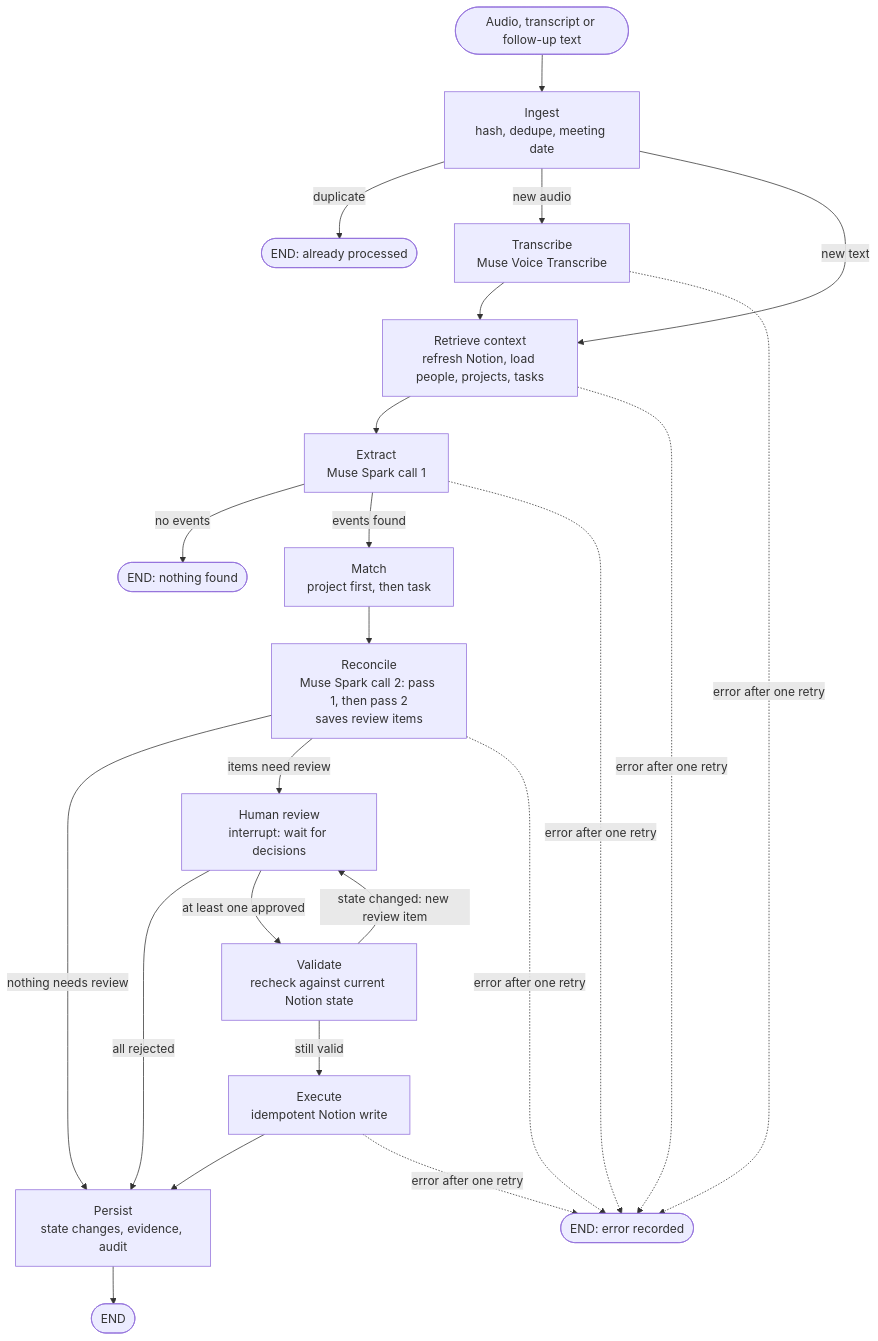
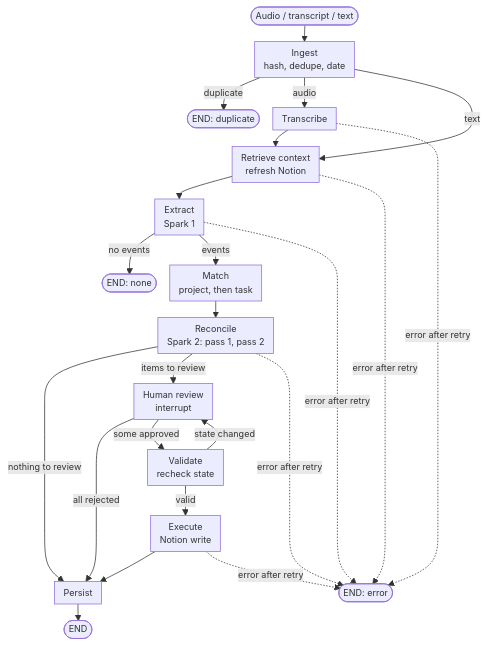
One commit to tanakandove/meta_ai_global_hackathon_dareguru changed the diagram in docs/graph-design.md. Above: the diagram before and after it, drawn with Mermaid.

Commit message:
Make the flow diagram more compact
Same nodes and arrows; smaller font, tighter spacing and shorter labels
so it fits on one screen without zooming.

````diff
--- a/docs/graph-design.md
+++ b/docs/graph-design.md
@@ -9,28 +9,29 @@
 ```mermaid
+%%{init: {"themeVariables": {"fontSize": "12px"}, "flowchart": {"nodeSpacing": 18, "rankSpacing": 22, "padding": 6, "diagramPadding": 4}}}%%
 flowchart TD
-    input(["Audio, transcript or follow-up text"]) --> ingest["Ingest<br/>hash, dedupe, meeting date"]
+    input(["Audio / transcript / text"]) --> ingest["Ingest<br/>hash, dedupe, date"]
 
-    ingest -->|duplicate| end1(["END: already processed"])
-    ingest -->|new audio| transcribe["Transcribe<br/>Muse Voice Transcribe"]
-    ingest -->|new text| context
-    transcribe --> context["Retrieve context<br/>refresh Notion, load people, projects, tasks"]
+    ingest -->|duplicate| end1(["END: duplicate"])
+    ingest -->|audio| transcribe["Transcribe"]
+    ingest -->|text| context
+    transcribe --> context["Retrieve context<br/>refresh Notion"]
 
-    context --> extract["Extract<br/>Muse Spark call 1"]
-    extract -->|no events| end2(["END: nothing found"])
-    extract -->|events found| match["Match<br/>project first, then task"]
+    context --> extract["Extract<br/>Spark 1"]
+    extract -->|no events| end2(["END: none"])
+    extract -->|events| match["Match<br/>project, then task"]
 
-    match --> reconcile["Reconcile<br/>Muse Spark call 2: pass 1, then pass 2<br/>saves review items"]
-    reconcile -->|nothing needs review| persist
-    reconcile -->|items need review| review["Human review<br/>interrupt: wait for decisions"]
+    match --> reconcile["Reconcile<br/>Spark 2: pass 1, pass 2"]
+    reconcile -->|nothing to review| persist
+    reconcile -->|items to review| review["Human review<br/>interrupt"]
 
     review -->|all rejected| persist
-    review -->|at least one approved| validate["Validate<br/>recheck against current Notion state"]
+    review -->|some approved| validate["Validate<br/>recheck state"]
 
-    validate -->|still valid| execute["Execute<br/>idempotent Notion write"]
-    validate -->|state changed: new review item| review
+    validate -->|valid| execute["Execute<br/>Notion write"]
+    validate -->|state changed| review
 
-    execute --> persist["Persist<br/>state changes, evidence, audit"]
+    execute --> persist["Persist"]
     persist --> end3(["END"])
 
-    transcribe & context & extract & reconcile & execute -.->|error after one retry| fail(["END: error recorded"])
+    transcribe & context & extract & reconcile & execute -.->|error after retry| fail(["END: error"])
 ```
````
